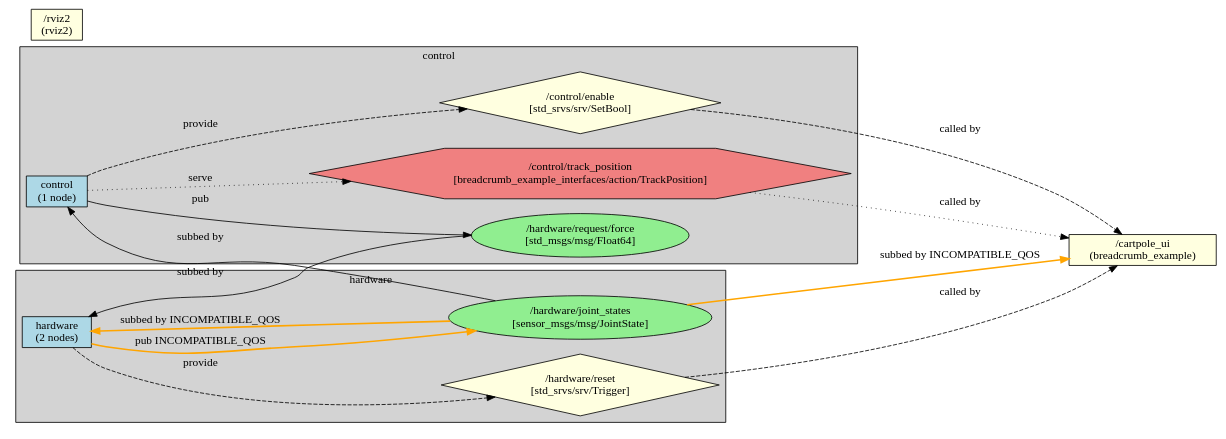
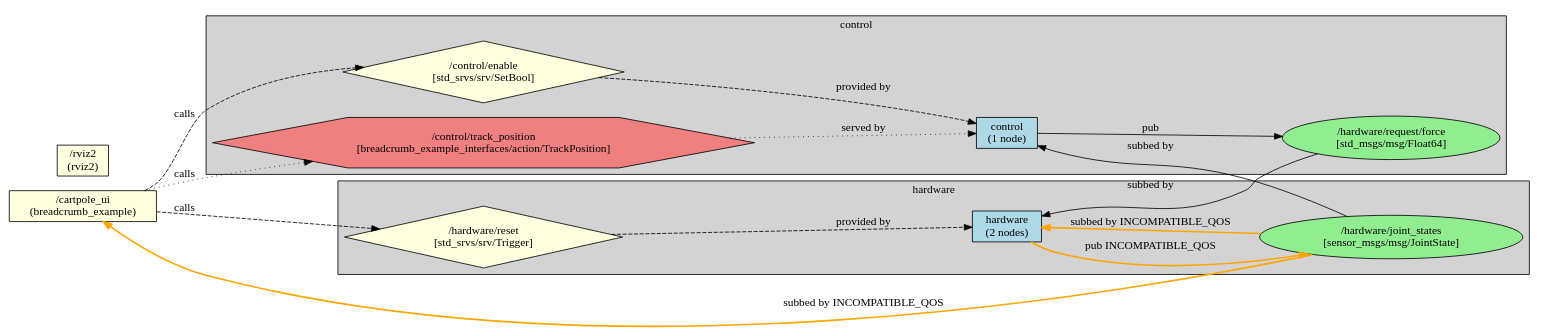
One commit to greenforge-labs/breadcrumb changed the diagram in breadcrumb_example/ros_graphs/graph_toplevel.dot. Above: the diagram before and after it, drawn with Graphviz. The commit also changed 8 other files, not shown here.

First line of the commit message:
update the graph to reflect "Data flow"

```diff
--- a/breadcrumb_example/ros_graphs/graph_toplevel.dot
+++ b/breadcrumb_example/ros_graphs/graph_toplevel.dot
@@ -1,47 +1,47 @@
 digraph ROS2TopLevel {
   rankdir=LR;
   node [shape=box];
 
   subgraph cluster_control {
     label="control";
     style=filled;
     fillcolor=lightgrey;
 
     "control" [label="control\n(1 node)", style=filled, fillcolor=lightblue];
     "/hardware/request/force" [label="/hardware/request/force\n[std_msgs/msg/Float64]", shape=ellipse, style=filled, fillcolor=lightgreen];
     "/control/enable" [label="/control/enable\n[std_srvs/srv/SetBool]", shape=diamond, style=filled, fillcolor=lightyellow];
     "/control/track_position" [label="/control/track_position\n[breadcrumb_example_interfaces/action/TrackPosition]", shape=hexagon, style=filled, fillcolor=lightcoral];
   }
 
   subgraph cluster_hardware {
     label="hardware";
     style=filled;
     fillcolor=lightgrey;
 
     "hardware" [label="hardware\n(2 nodes)", style=filled, fillcolor=lightblue];
     "/hardware/joint_states" [label="/hardware/joint_states\n[sensor_msgs/msg/JointState]", shape=ellipse, style=filled, fillcolor=lightgreen];
     "/hardware/reset" [label="/hardware/reset\n[std_srvs/srv/Trigger]", shape=diamond, style=filled, fillcolor=lightyellow];
   }
 
   // Root Namespace Nodes
   "/cartpole_ui" [label="/cartpole_ui\n(breadcrumb_example)", style=filled, fillcolor=lightyellow];
   "/rviz2" [label="/rviz2\n(rviz2)", style=filled, fillcolor=lightyellow];
 
   // Topic Edges
   "hardware" -> "/hardware/joint_states" [label="pub INCOMPATIBLE_QOS", color=orange, style=bold];
   "/hardware/joint_states" -> "/cartpole_ui" [label="subbed by INCOMPATIBLE_QOS", color=orange, style=bold];
   "/hardware/joint_states" -> "control" [label="subbed by"];
   "/hardware/joint_states" -> "hardware" [label="subbed by INCOMPATIBLE_QOS", color=orange, style=bold];
   "control" -> "/hardware/request/force" [label="pub"];
   "/hardware/request/force" -> "hardware" [label="subbed by"];
 
   // Service Edges
-  "control" -> "/control/enable" [label="provide", style=dashed];
-  "/control/enable" -> "/cartpole_ui" [label="called by", style=dashed];
-  "hardware" -> "/hardware/reset" [label="provide", style=dashed];
-  "/hardware/reset" -> "/cartpole_ui" [label="called by", style=dashed];
+  "/control/enable" -> "control" [label="provided by", style=dashed];
+  "/cartpole_ui" -> "/control/enable" [label="calls", style=dashed];
+  "/hardware/reset" -> "hardware" [label="provided by", style=dashed];
+  "/cartpole_ui" -> "/hardware/reset" [label="calls", style=dashed];
 
   // Action Edges
-  "control" -> "/control/track_position" [label="serve", style=dotted];
-  "/control/track_position" -> "/cartpole_ui" [label="called by", style=dotted];
+  "/control/track_position" -> "control" [label="served by", style=dotted];
+  "/cartpole_ui" -> "/control/track_position" [label="calls", style=dotted];
 }
```
